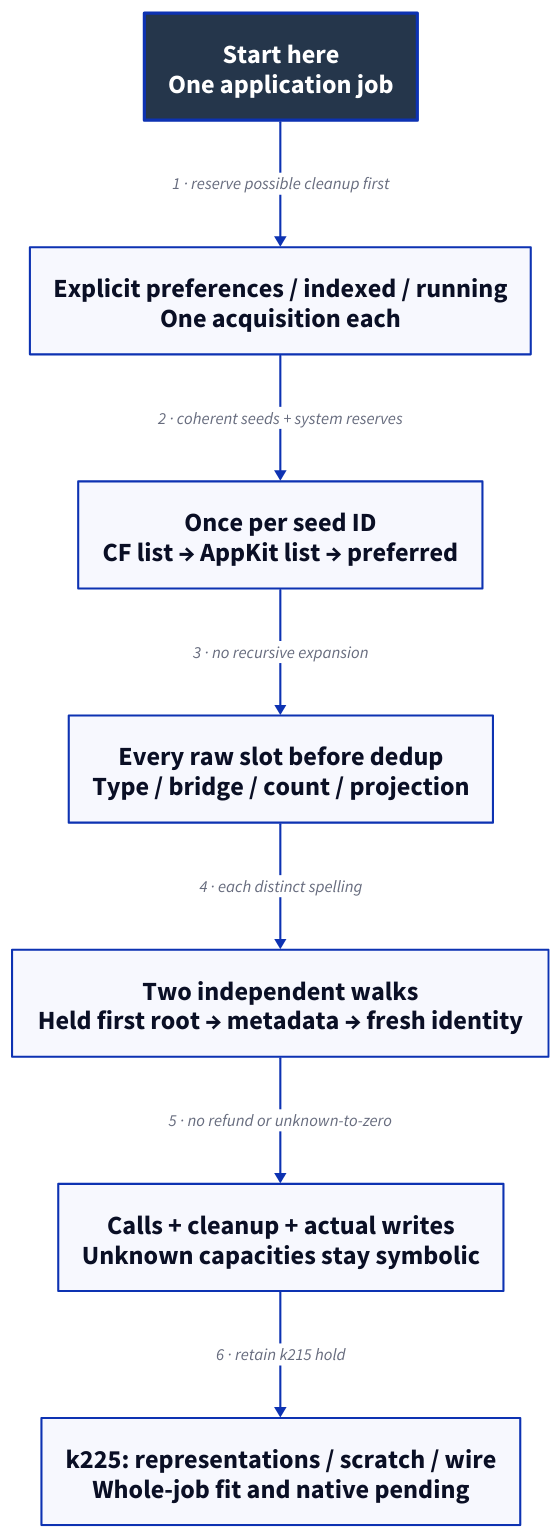
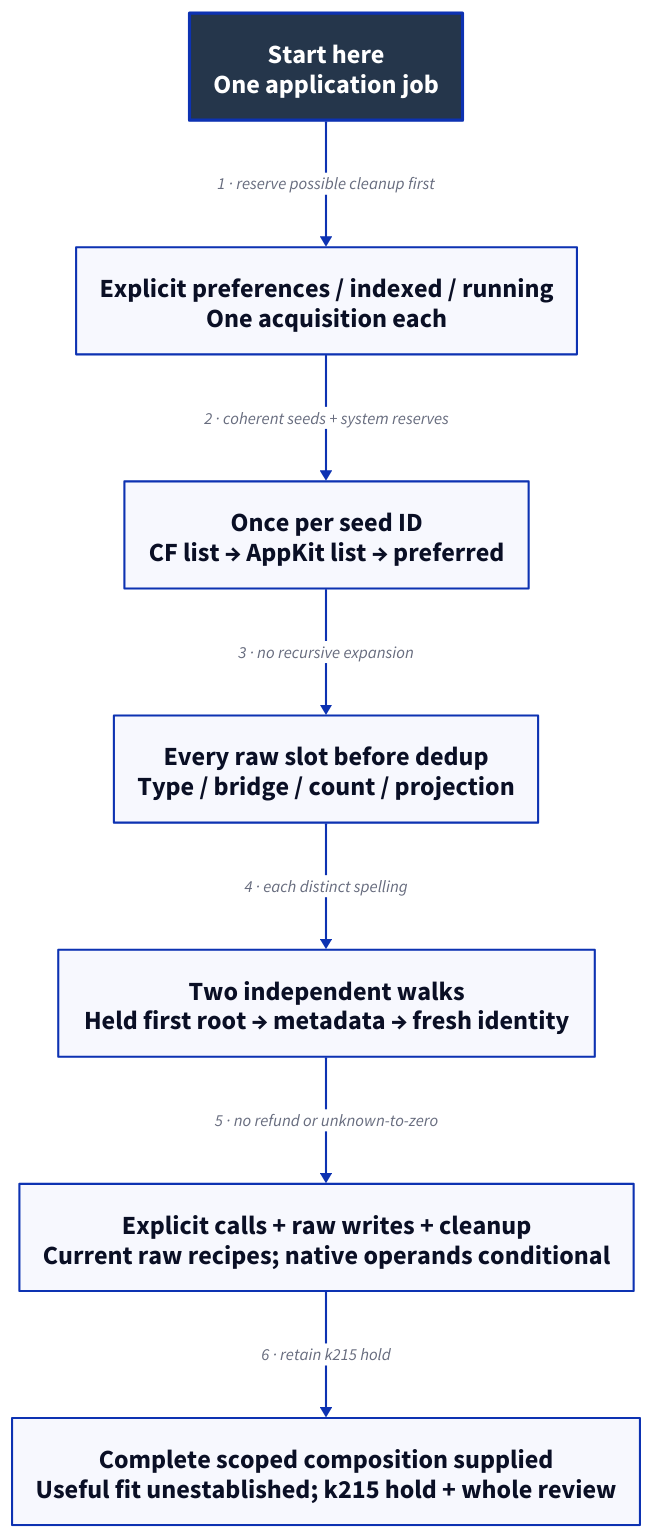
One commit to Linkuistics/Koine changed the diagram in docs/design/architecture/native-metadata-source-root.d2. Above: the diagram before and after it, drawn with D2. The commit also changed 141 other files, not shown here.

```diff
--- a/docs/design/architecture/native-metadata-source-root.d2
+++ b/docs/design/architecture/native-metadata-source-root.d2
@@ -1,19 +1,19 @@
 # Component/data-flow view, not deployment containers or native qualification.
 direction: down
 classes: {
   start: {style: {fill: "#25364B"; font-color: "#FFFFFF"; bold: true; stroke-width: 3}}
 }
 *.style.font-size: 25
 Start: "Start here\nOne application job" {class: start}
 Snapshots: "Explicit preferences / indexed / running\nOne acquisition each"
 Registration: "Once per seed ID\nCF list → AppKit list → preferred"
 Slots: "Every raw slot before dedup\nType / bridge / count / projection"
 Roots: "Two independent walks\nHeld first root → metadata → fresh identity"
-Receipts: "Calls + cleanup + actual writes\nUnknown capacities stay symbolic"
-Next: "k225: representations / scratch / wire\nWhole-job fit and native pending"
+Receipts: "Explicit calls + raw writes + cleanup\nCurrent raw recipes; native operands conditional"
+Next: "Complete scoped composition supplied\nUseful fit unestablished; k215 hold + whole review"
 Start -> Snapshots: "1 · reserve possible cleanup first"
 Snapshots -> Registration: "2 · coherent seeds + system reserves"
 Registration -> Slots: "3 · no recursive expansion"
 Slots -> Roots: "4 · each distinct spelling"
 Roots -> Receipts: "5 · no refund or unknown-to-zero"
 Receipts -> Next: "6 · retain k215 hold"
```
